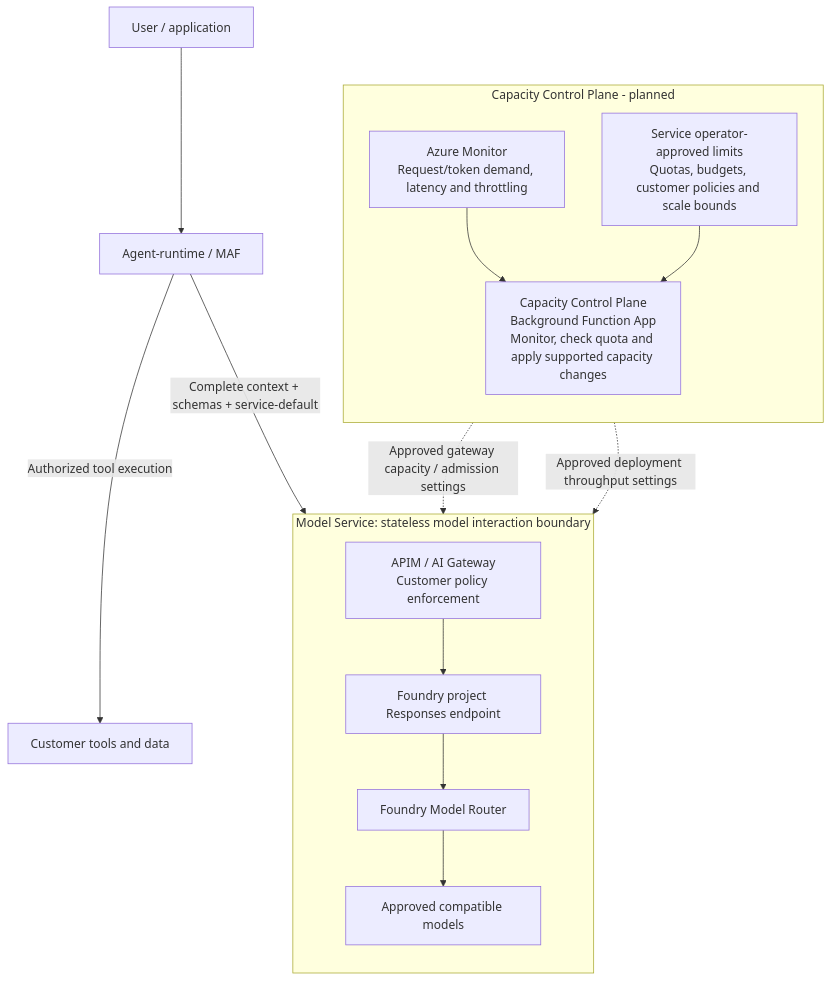
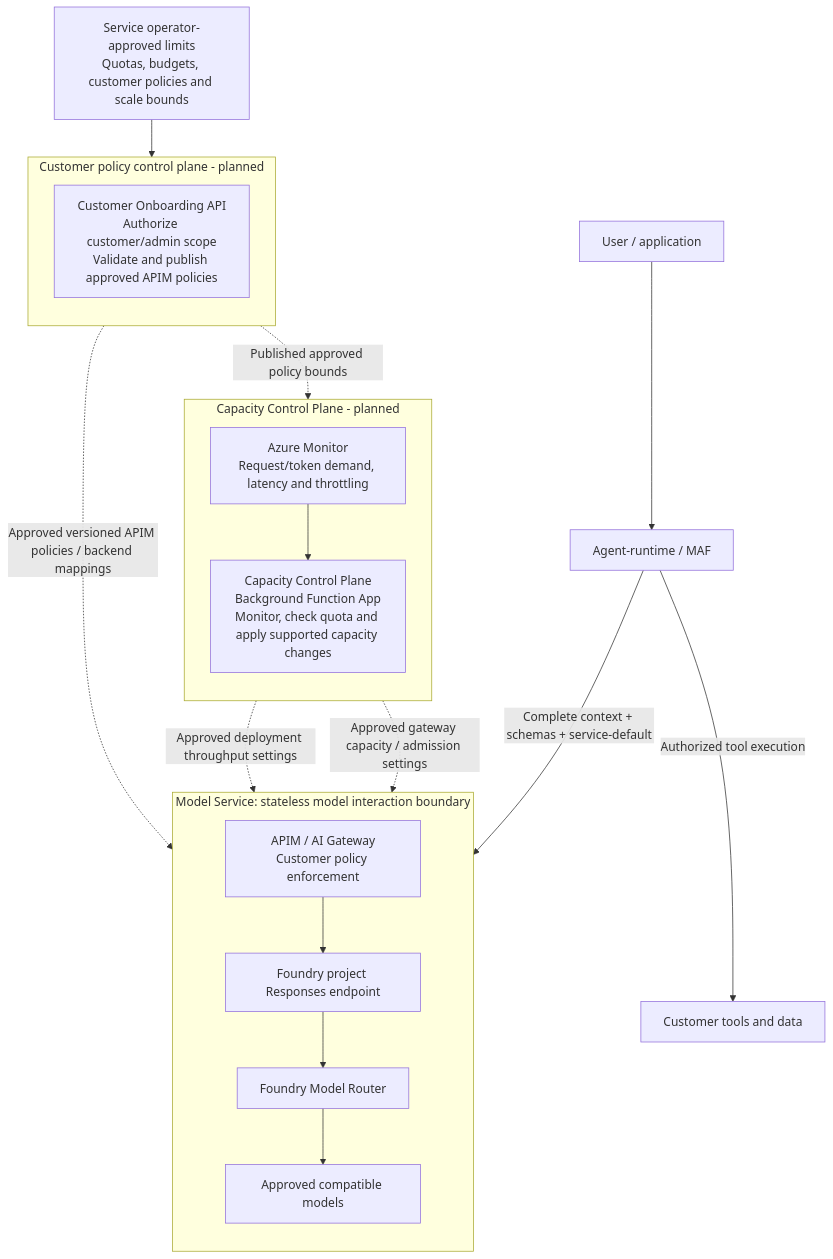
Before and after one commit to swapnil-nagar/model-service-pocs: the diagram in 09-stateless-model-router/proposal.md, drawn with Mermaid. The commit also changed other lines of this file, not shown here.

Commit message:
Add customer onboarding API for APIM policy publication

````diff
--- a/09-stateless-model-router/proposal.md
+++ b/09-stateless-model-router/proposal.md
@@ -56,22 +56,28 @@
 ```mermaid
 flowchart TB
+    POL["Service operator-approved limits<br/>Quotas, budgets, customer policies and scale bounds"]
+    subgraph OP["Customer policy control plane - planned"]
+        direction TB
+        ONB["Customer Onboarding API<br/>Authorize customer/admin scope<br/>Validate and publish approved APIM policies"]
+    end
+    POL --> ONB
     subgraph CP["Capacity Control Plane - planned"]
         direction TB
         MON["Azure Monitor<br/>Request/token demand, latency and throttling"]
-        POL["Service operator-approved limits<br/>Quotas, budgets, customer policies and scale bounds"]
         CCP["Capacity Control Plane<br/>Background Function App<br/>Monitor, check quota and apply supported capacity changes"]
         MON --> CCP
-        POL --> CCP
     end
     U["User / application"] --> R["Agent-runtime / MAF"]
     R -->|"Authorized tool execution"| T["Customer tools and data"]
     subgraph MS["Model Service: stateless model interaction boundary"]
         direction TB
         G["APIM / AI Gateway<br/>Customer policy enforcement"] --> P["Foundry project Responses endpoint"]
         P --> MR["Foundry Model Router"]
         MR --> M["Approved compatible models"]
     end
     R -->|"Complete context + schemas + service-default"| G
+    ONB -.->|"Approved versioned APIM policies / backend mappings"| G
+    ONB -.->|"Published approved policy bounds"| CCP
     CCP -.->|"Approved gateway capacity / admission settings"| G
     CCP -.->|"Approved deployment throughput settings"| MR
 ```
````
